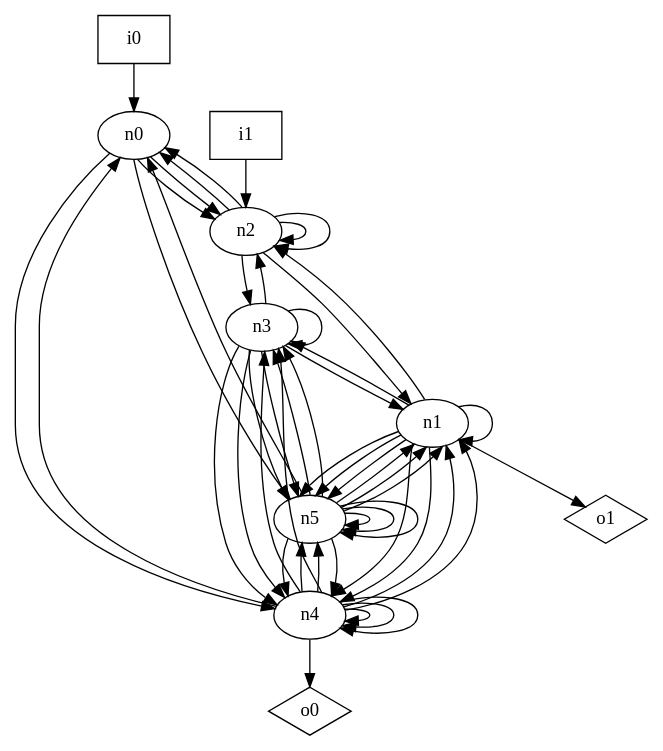
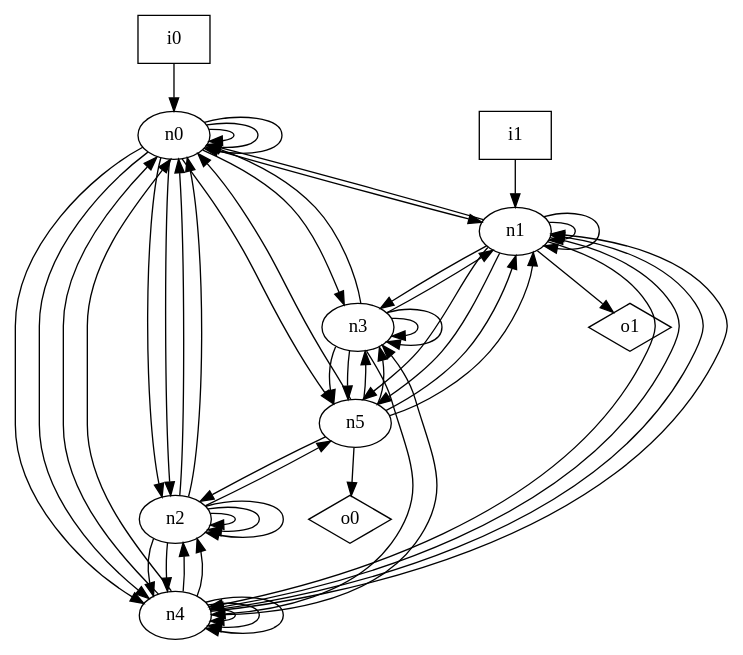
Before and after one commit to p9romain/bool-circuits: the diagram in dot_files/random_graph/undirected_graph.dot, drawn with Graphviz. The commit also changed 73 other files, not shown here.

```diff
--- a/dot_files/random_graph/undirected_graph.dot
+++ b/dot_files/random_graph/undirected_graph.dot
@@ -1,62 +1,65 @@
 digraph G {
 n0 [label="n0"];
 n1 [label="n1"];
 n2 [label="n2"];
 n3 [label="n3"];
 n4 [label="n4"];
 n5 [label="n5"];
 n6 [label="i0",shape="box"];
 n7 [label="i1",shape="box"];
 n8 [label="o0",shape="diamond"];
 n9 [label="o1",shape="diamond"];
+n0 -> n0
+n0 -> n0
+n0 -> n0
+n0 -> n1
 n0 -> n2
 n0 -> n2
+n0 -> n3
+n0 -> n4
 n0 -> n4
 n0 -> n5
+n1 -> n0
 n1 -> n1
-n1 -> n2
+n1 -> n1
 n1 -> n3
 n1 -> n4
 n1 -> n4
 n1 -> n5
 n1 -> n5
-n1 -> n5
 n1 -> n9
 n2 -> n0
 n2 -> n0
-n2 -> n1
 n2 -> n2
 n2 -> n2
-n2 -> n3
+n2 -> n2
+n2 -> n4
+n2 -> n4
+n2 -> n5
+n3 -> n0
 n3 -> n1
-n3 -> n2
 n3 -> n3
-n3 -> n4
+n3 -> n3
 n3 -> n4
 n3 -> n5
 n3 -> n5
 n4 -> n0
+n4 -> n0
 n4 -> n1
 n4 -> n1
-n4 -> n3
+n4 -> n2
+n4 -> n2
 n4 -> n3
 n4 -> n4
 n4 -> n4
 n4 -> n4
-n4 -> n5
-n4 -> n5
-n4 -> n8
 n5 -> n0
 n5 -> n1
 n5 -> n1
-n5 -> n1
+n5 -> n2
 n5 -> n3
 n5 -> n3
-n5 -> n4
-n5 -> n4
-n5 -> n5
-n5 -> n5
-n5 -> n5
+n5 -> n8
 n6 -> n0
-n7 -> n2
+n7 -> n1
 }
```
